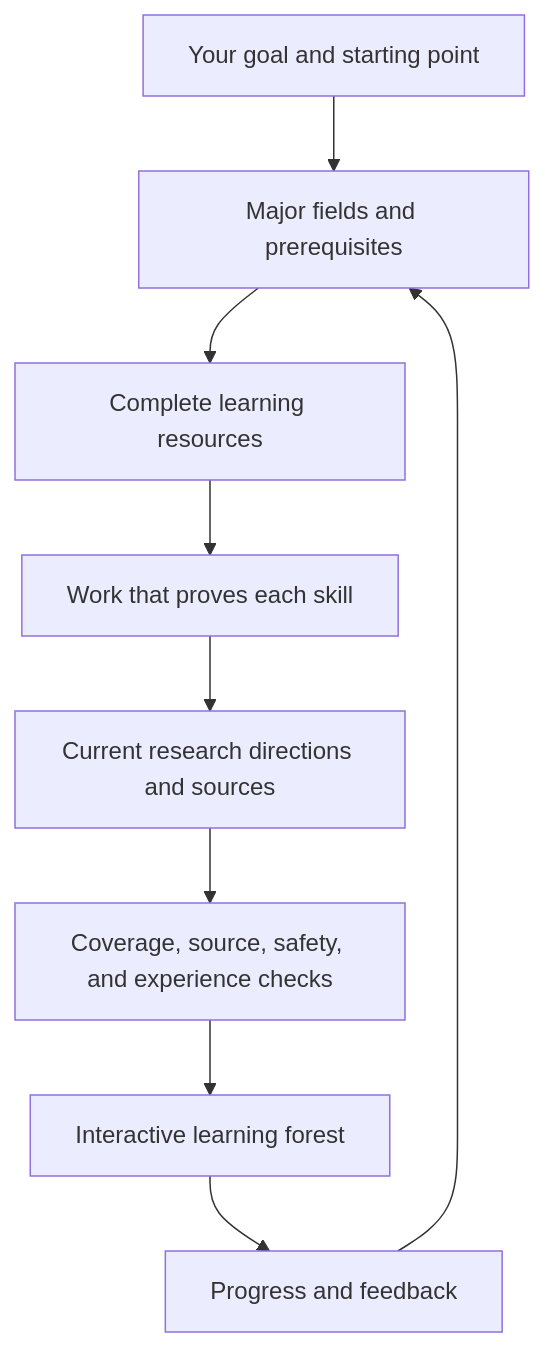
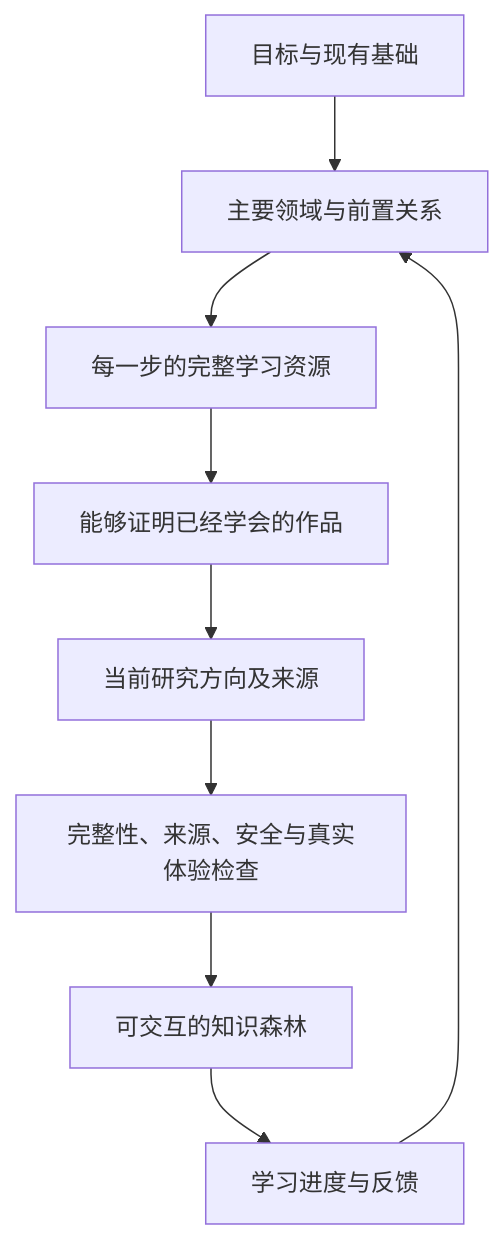
The diagram in README.md (AIALRA-0/knowledge-forest-framework), drawn with Mermaid before and after one commit. The commit also changed other lines of this file and 2 other files, not shown here.

````diff
--- a/README.md
+++ b/README.md
@@ -119,11 +130,11 @@
 ```mermaid
 flowchart TB
-    A["Your goal and starting point"] --> B["Major fields and prerequisites"]
-    B --> C["Complete learning resources"]
-    C --> D["Work that proves each skill"]
-    D --> E["Current research directions and sources"]
-    E --> F["Coverage, source, safety, and experience checks"]
-    F --> G["Interactive learning forest"]
-    G --> H["Progress and feedback"]
+    A["目标与现有基础"] --> B["主要领域与前置关系"]
+    B --> C["每一步的完整学习资源"]
+    C --> D["能够证明已经学会的作品"]
+    D --> E["当前研究方向及来源"]
+    E --> F["完整性、来源、安全与真实体验检查"]
+    F --> G["可交互的知识森林"]
+    G --> H["学习进度与反馈"]
     H --> B
 ```
````
